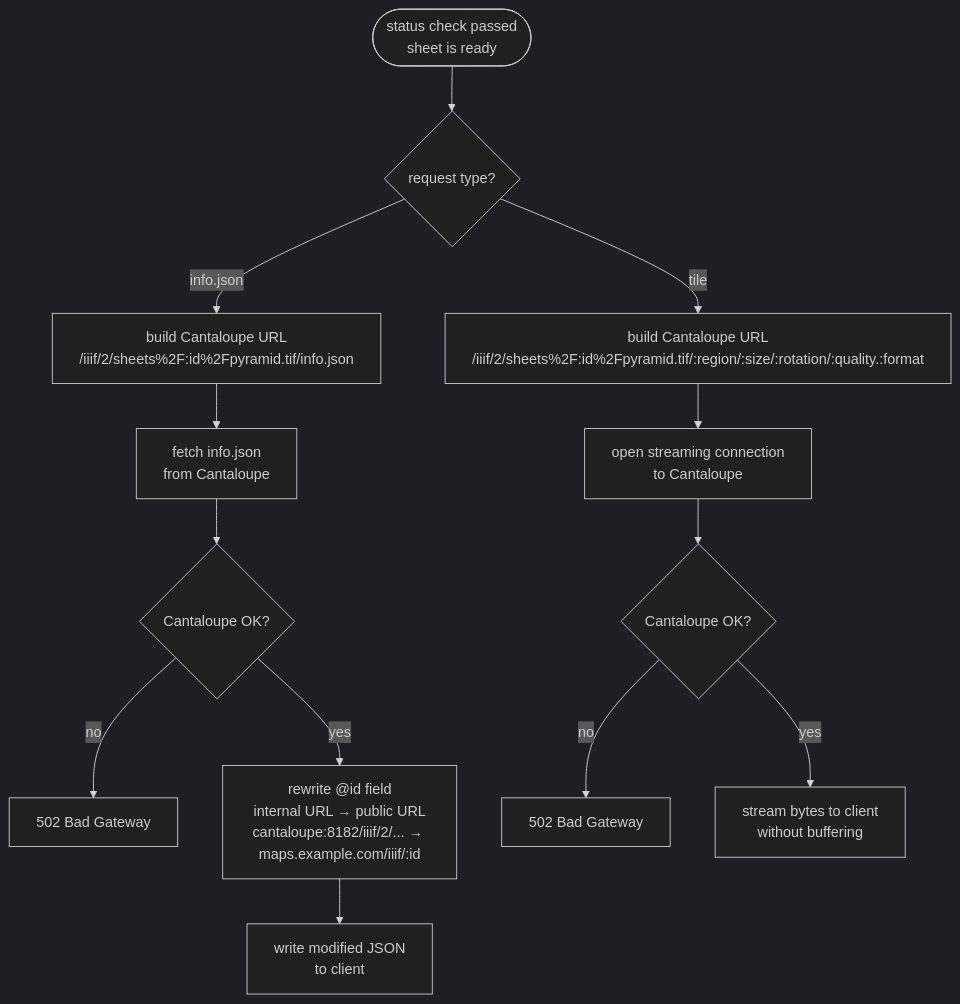
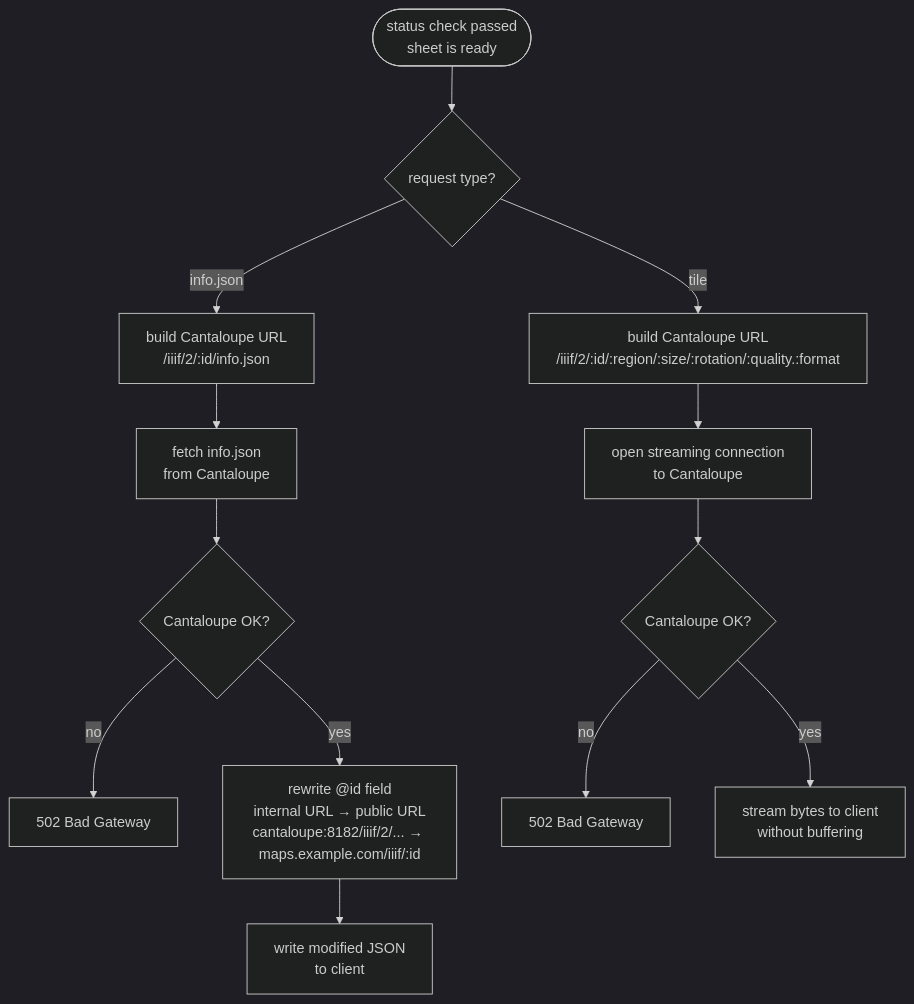
Before and after one commit to line-age/georef: the second of 3 diagrams in docs/iiif-serving.md, drawn with Mermaid (dark theme). The commit also changed other lines of this file, not shown here.

First line of the commit message:
docs(iiif-serving): document version prefix, canvas IDs, and identifier construction

````diff
--- a/docs/iiif-serving.md
+++ b/docs/iiif-serving.md
@@ -42,18 +42,18 @@
 ```mermaid
 flowchart TD
     A(["status check passed\nsheet is ready"]) --> B{request type?}
 
-    B -->|info.json| C["build Cantaloupe URL\n/iiif/2/sheets%2F:id%2Fpyramid.tif/info.json"]
-    B -->|tile| D["build Cantaloupe URL\n/iiif/2/sheets%2F:id%2Fpyramid.tif/:region/:size/:rotation/:quality.:format"]
+    B -->|info.json| C["build Cantaloupe URL\n/iiif/2/:id/info.json"]
+    B -->|tile| D["build Cantaloupe URL\n/iiif/2/:id/:region/:size/:rotation/:quality.:format"]
 
     C --> E["fetch info.json\nfrom Cantaloupe"]
     E --> F{Cantaloupe OK?}
     F -->|no| G[502 Bad Gateway]
     F -->|yes| H["rewrite @id field\ninternal URL → public URL\ncantaloupe:8182/iiif/2/... → maps.example.com/iiif/:id"]
     H --> I["write modified JSON\nto client"]
 
     D --> J["open streaming connection\nto Cantaloupe"]
     J --> K{Cantaloupe OK?}
     K -->|no| L[502 Bad Gateway]
     K -->|yes| M["stream bytes to client\nwithout buffering"]
 ```
````
